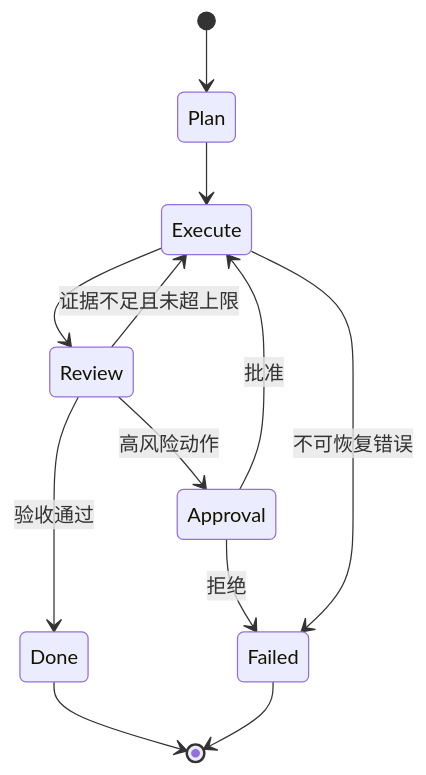
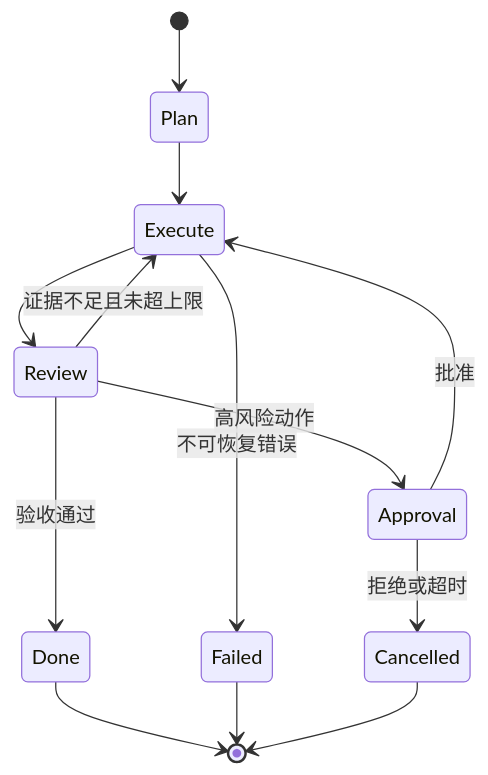
One commit to imberZsk/imber-blog changed the diagram in src/content/knowledge/03-AI大模型应用开发/06-LangGraph/01-学习指南.md. Above: the diagram before and after it, drawn with Mermaid. The commit also changed other lines of this file and 213 other files, not shown here.

Commit message:
fix(knowledge): align guide sequences and strengthen guides (#31)

````diff
--- a/src/content/knowledge/03-AI大模型应用开发/06-LangGraph/01-学习指南.md
+++ b/src/content/knowledge/03-AI大模型应用开发/06-LangGraph/01-学习指南.md
@@ -10,14 +11,15 @@
 ```mermaid
 stateDiagram-v2
     [*] --> Plan
     Plan --> Execute
     Execute --> Review
     Review --> Execute: 证据不足且未超上限
     Review --> Approval: 高风险动作
     Approval --> Execute: 批准
-    Approval --> Failed: 拒绝
+    Approval --> Cancelled: 拒绝或超时
     Review --> Done: 验收通过
     Execute --> Failed: 不可恢复错误
     Done --> [*]
     Failed --> [*]
+    Cancelled --> [*]
 ```
````
